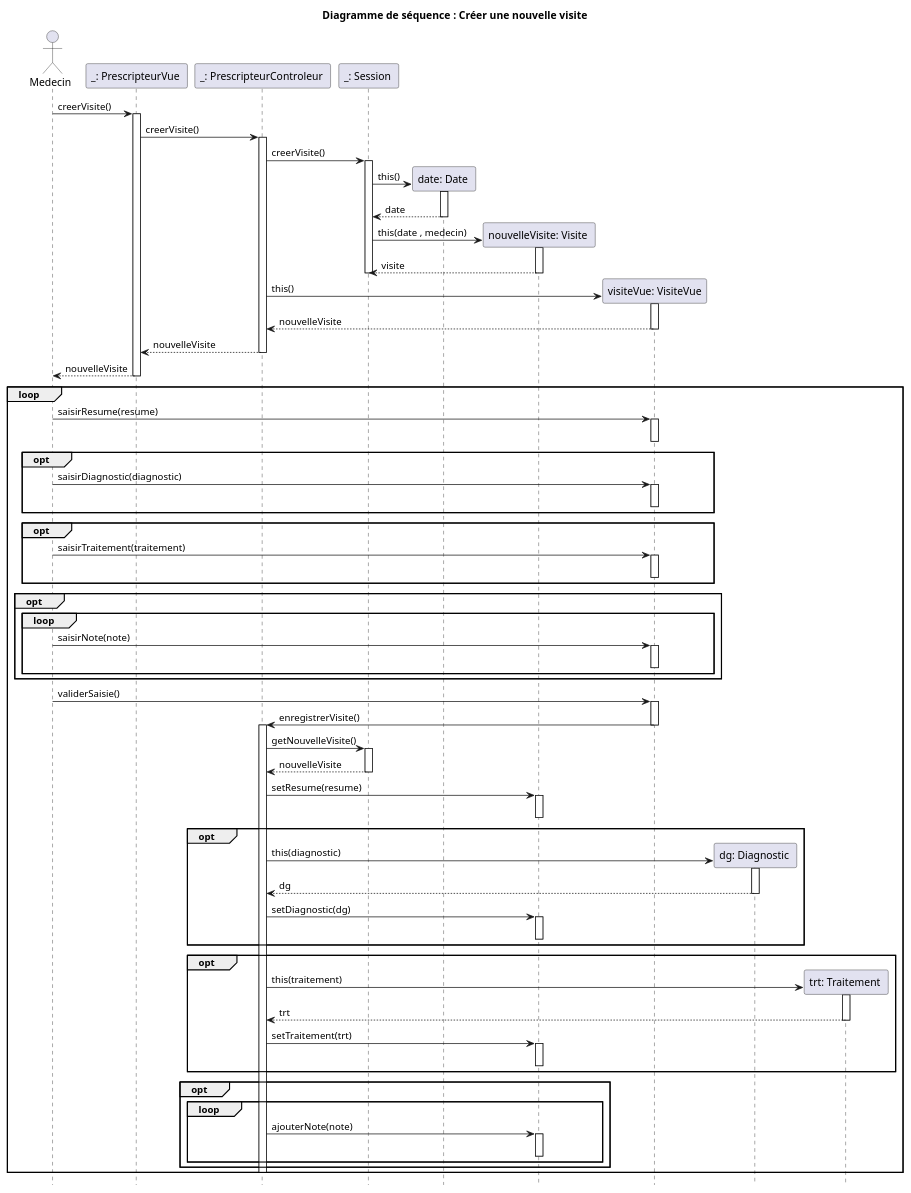
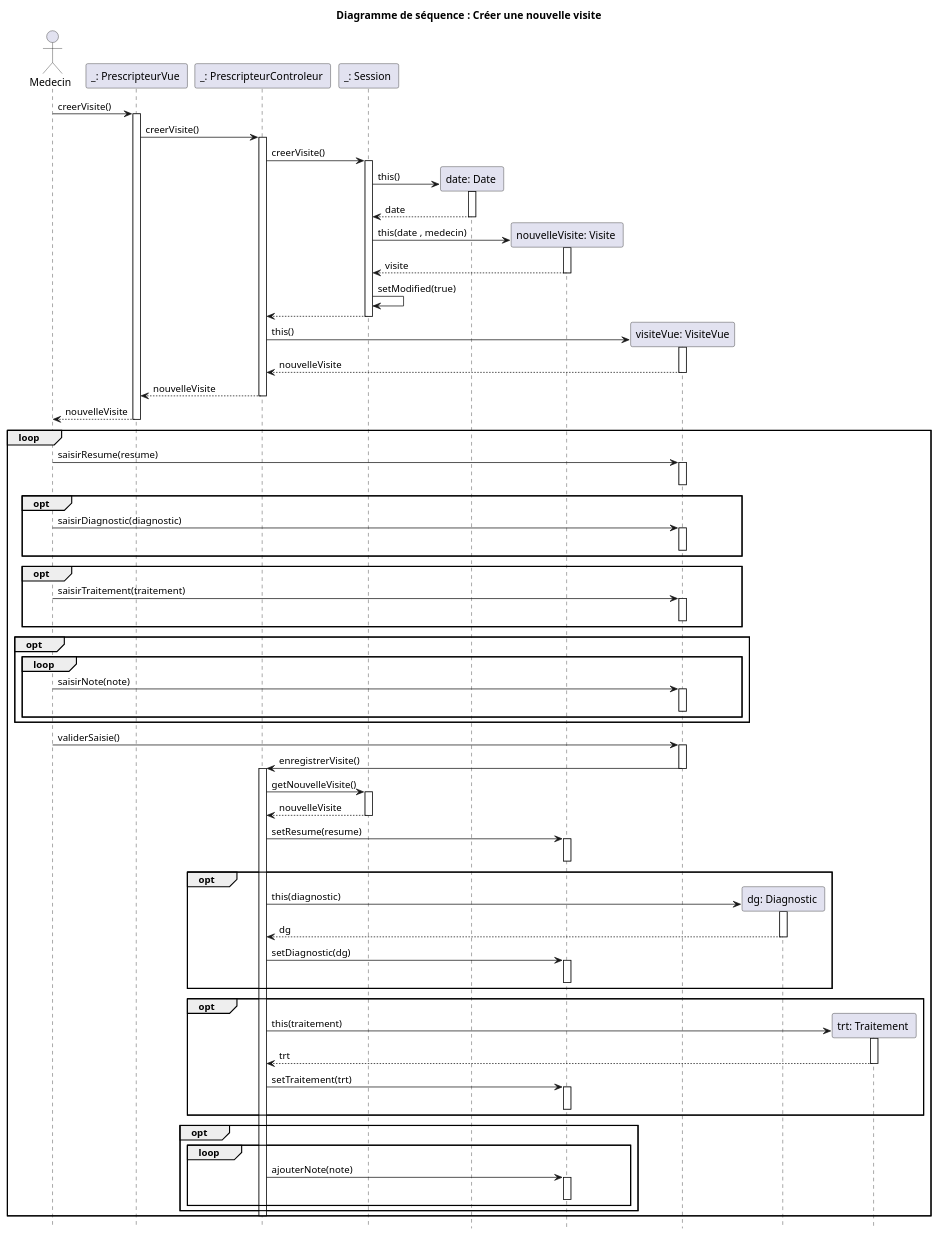
One commit to fethiuqam/INF5153-Projet-Session changed the diagram in models/Diagramme_Sequences/Creer_visite/sequence_diagram_nouvelle_visite.puml. Above: the diagram before and after it, drawn with PlantUML. The commit also changed 3 other files, not shown here.

```diff
--- a/models/Diagramme_Sequences/Creer_visite/sequence_diagram_nouvelle_visite.puml
+++ b/models/Diagramme_Sequences/Creer_visite/sequence_diagram_nouvelle_visite.puml
@@ -1,113 +1,115 @@
 @startuml
 
 title Diagramme de séquence : Créer une nouvelle visite
 hide footbox
 
 actor "Medecin" as med
 
 participant "_: PrescripteurVue " as pv
 med -> pv : creerVisite()
 activate pv
 
 participant "_: PrescripteurControleur " as pc
 pv -> pc : creerVisite()
 activate pc
     participant "_: Session " as ssn
     pc -> ssn : creerVisite()
     activate ssn
         create participant "date: Date " as dt
         ssn -> dt : this()
         activate dt
         dt --> ssn : date
         deactivate dt 
 
         create participant "nouvelleVisite: Visite " as v
         ssn -> v : this(date , medecin)
         activate v
         v --> ssn : visite
         deactivate v
+        ssn -> ssn : setModified(true)
+        ssn --> pc
     deactivate ssn 
     
     create participant "visiteVue: VisiteVue" as nvf
     pc -> nvf: this()
     activate nvf
     nvf --> pc : nouvelleVisite
     deactivate nvf
 pc --> pv : nouvelleVisite
 deactivate pc
 pv --> med : nouvelleVisite
 deactivate pv
 
 loop
 
 med -> nvf : saisirResume(resume)
 activate nvf
 deactivate nvf
 
 opt
 med -> nvf : saisirDiagnostic(diagnostic)
 activate nvf
 deactivate nvf
 end
 
 opt
 med -> nvf : saisirTraitement(traitement)
 activate nvf
 deactivate nvf
 end
 
 opt
 loop
 med -> nvf : saisirNote(note)
 activate nvf
 deactivate nvf
 end
 end
 
 med -> nvf : validerSaisie()
 activate nvf
 nvf -> pc : enregistrerVisite()
 deactivate nvf
 activate pc
 pc -> ssn : getNouvelleVisite()
     activate ssn
     ssn --> pc : nouvelleVisite
     deactivate ssn 
 pc -> v : setResume(resume)
 activate v 
 deactivate v
 
 opt
 create participant "dg: Diagnostic " as dg
     pc -> dg : this(diagnostic)
     activate dg
     dg --> pc : dg
     deactivate dg  
 pc -> v : setDiagnostic(dg)
 activate v 
 deactivate v
 end
 
 opt
 create participant "trt: Traitement " as trt
     pc -> trt : this(traitement)
     activate trt
     trt --> pc : trt
     deactivate trt 
 pc -> v : setTraitement(trt)
 activate v 
 deactivate v
 end
 
 opt
 loop
 pc -> v : ajouterNote(note)
 activate v 
 deactivate v
 end
 end
 deactivate pc
 
 end
 
 @enduml
```
